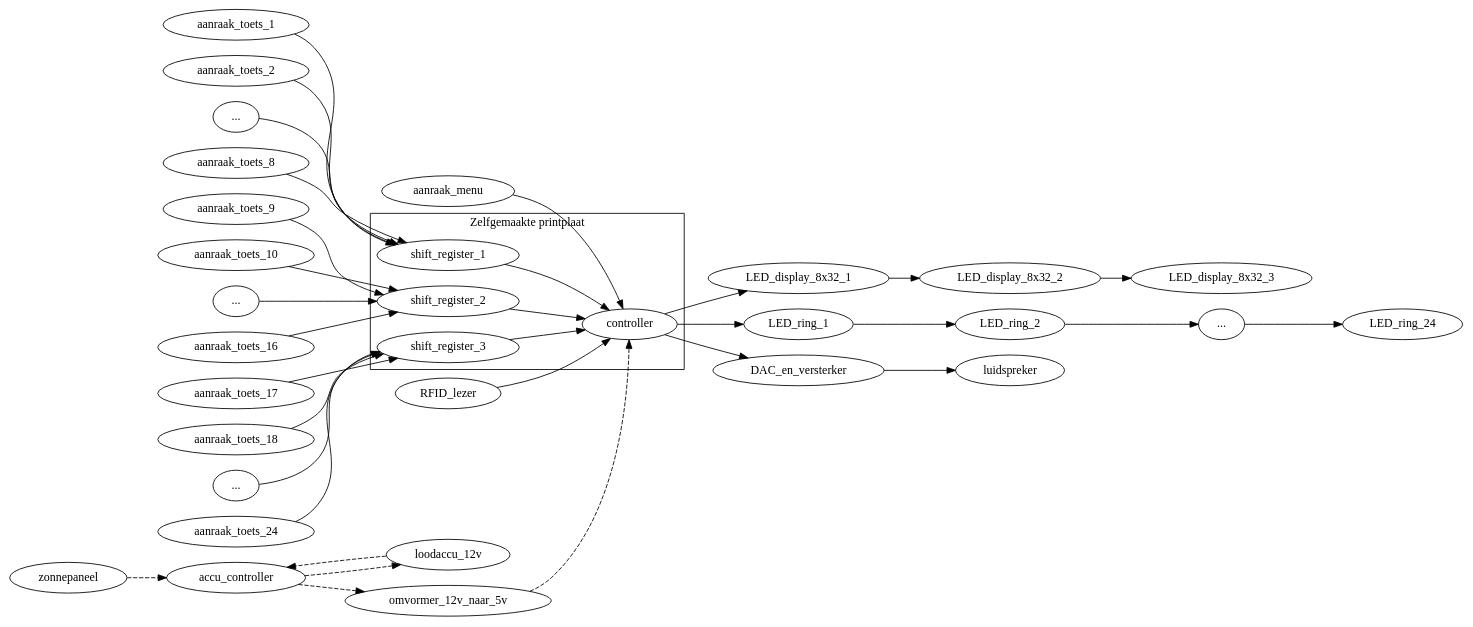
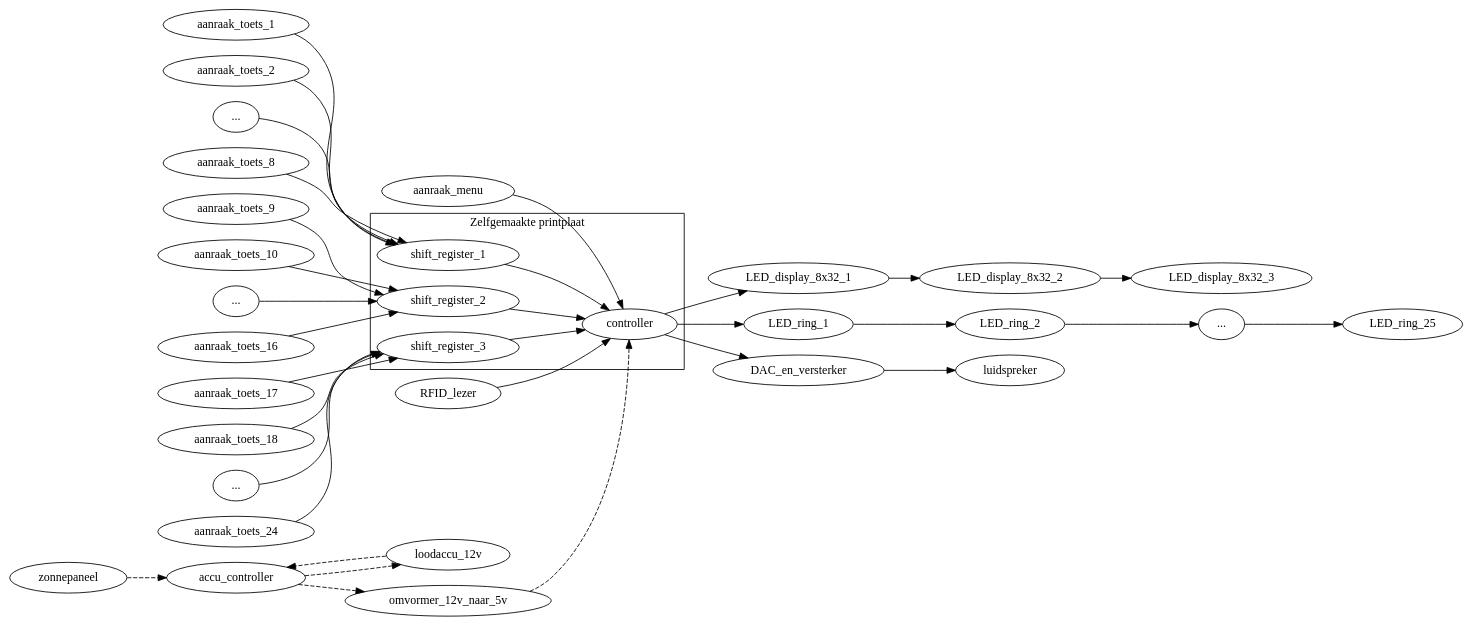
The diagram in Overzicht elektrisch schema.gv (woutput/regenboogpiano), drawn with Graphviz before and after one commit. The commit also changed 4 other files, not shown here.

```diff
--- a/Overzicht elektrisch schema.gv
+++ b/Overzicht elektrisch schema.gv
@@ -1,57 +1,57 @@
 digraph
 {
 	rankdir = LR
 
 	subgraph cluster_pcb {
 		label = "Zelfgemaakte printplaat"
 		shift_register_1
 		shift_register_2
 		shift_register_3
 		controller
 	}
 
 	aanraak_toets_1 -> shift_register_1
 	aanraak_toets_2 -> shift_register_1
 	aanraak_toets_3 [label = "..."]
 	aanraak_toets_3 -> shift_register_1
 	aanraak_toets_8 -> shift_register_1
 
 	aanraak_toets_9 -> shift_register_2
 	aanraak_toets_10 -> shift_register_2
 	aanraak_toets_11 [label = "..."]
 	aanraak_toets_11 -> shift_register_2
 	aanraak_toets_16 -> shift_register_2
 
 	aanraak_toets_17 -> shift_register_3
 	aanraak_toets_18 -> shift_register_3
 	aanraak_toets_19 [label = "..."]
 	aanraak_toets_19 -> shift_register_3
 	aanraak_toets_24 -> shift_register_3
 
 	aanraak_menu -> controller
 
 	shift_register_1 -> controller
 	shift_register_2 -> controller
 	shift_register_3 -> controller
 
 	RFID_lezer -> controller
 
 	controller -> LED_display_8x32_1
 	LED_display_8x32_1 -> LED_display_8x32_2
 	LED_display_8x32_2 -> LED_display_8x32_3
 
 	controller -> LED_ring_1
 	LED_ring_1 -> LED_ring_2
 	LED_ring_2 -> LED_ring_3
 	LED_ring_3 [label = "..."]
-	LED_ring_3 -> LED_ring_24
+	LED_ring_3 -> LED_ring_25
 
 	controller -> DAC_en_versterker
 	DAC_en_versterker -> luidspreker
 
 	zonnepaneel -> accu_controller [style = dashed]
 	accu_controller -> loodaccu_12v [style = dashed]
 	loodaccu_12v -> accu_controller [style = dashed]
 	accu_controller -> omvormer_12v_naar_5v [style = dashed]
 	omvormer_12v_naar_5v -> controller [style = dashed]
 }
```
